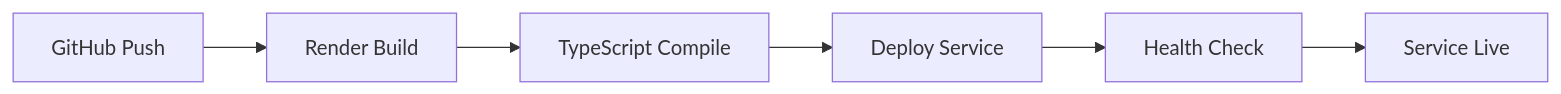
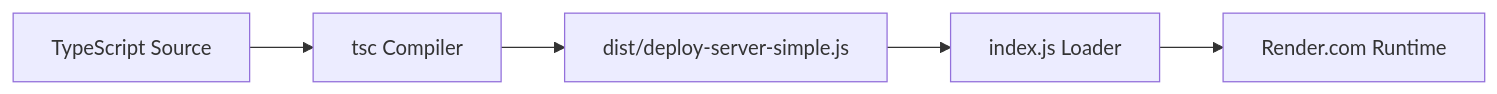
Before and after one commit to biswajitpanday/Optivise: the second of 3 diagrams in Resources/ARCHITECTURE.md, drawn with Mermaid. The commit also changed other lines of this file and 4 other files, not shown here.

````diff
--- a/Resources/ARCHITECTURE.md
+++ b/Resources/ARCHITECTURE.md
@@ -169,8 +119,7 @@
 ```mermaid
 graph LR
-    A[GitHub Push] --> B[Render Build]
-    B --> C[TypeScript Compile]
-    C --> D[Deploy Service]
-    D --> E[Health Check]
-    E --> F[Service Live]
+    A[TypeScript Source] --> B[tsc Compiler]
+    B --> C[dist/deploy-server-simple.js]
+    C --> D[index.js Loader]
+    D --> E[Render.com Runtime]
 ```
````
